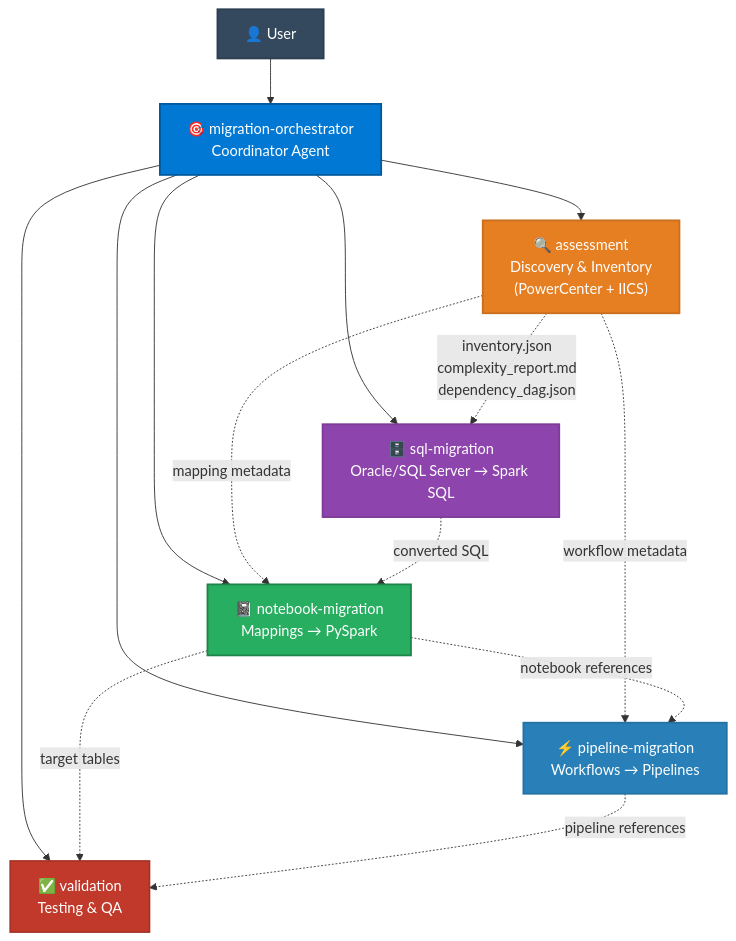
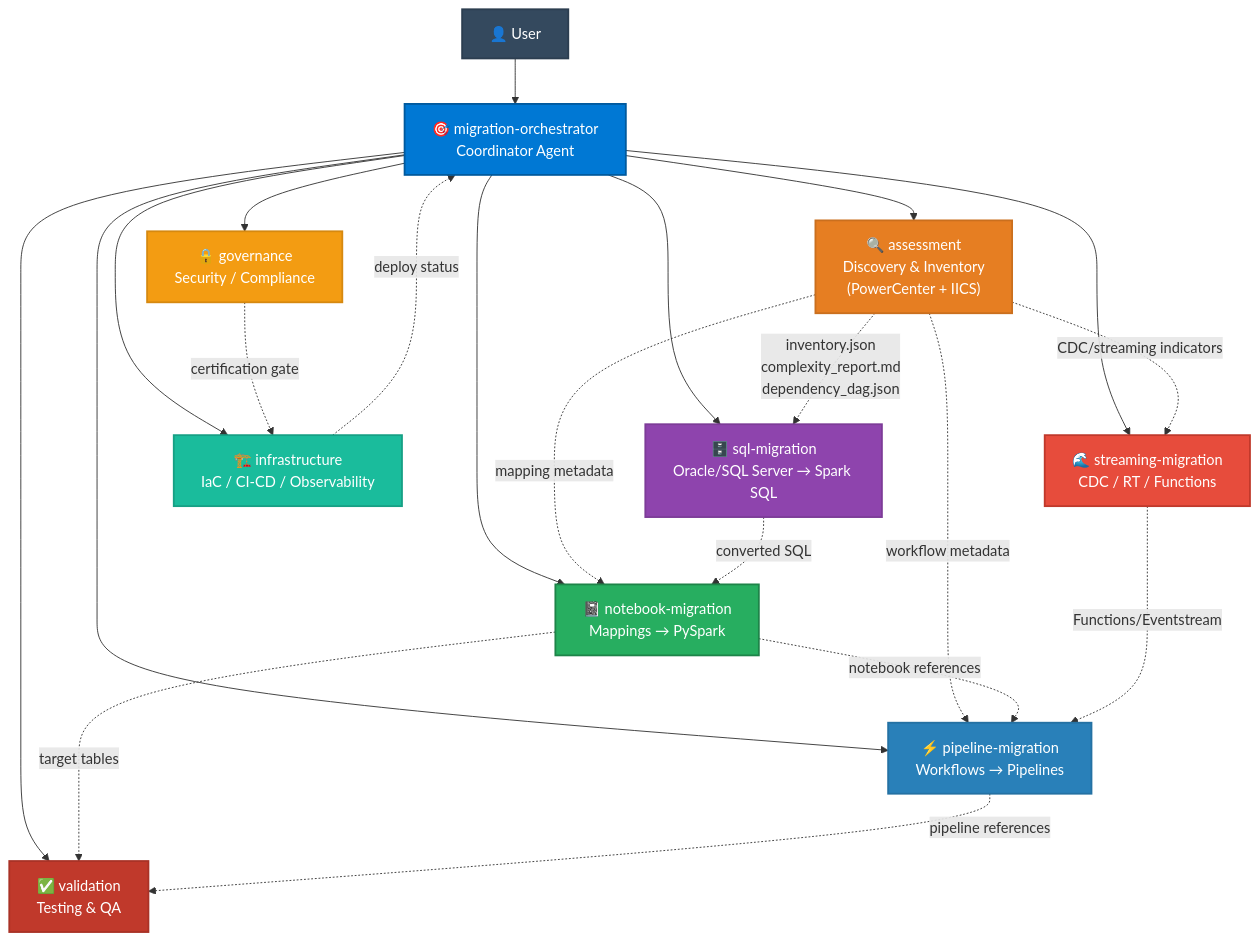
Before and after one commit to cyphou/InformaticaToFabric: the first of 4 diagrams in AGENTS.md, drawn with Mermaid. The commit also changed other lines of this file and 50 other files, not shown here.

First line of the commit message:
Expand multi-agent architecture from 6 to 9 agents, add migration_utils.py shared module

````diff
--- a/AGENTS.md
+++ b/AGENTS.md
@@ -21,26 +21,36 @@
 ```mermaid
 flowchart TB
     USER["👤 User"] --> ORCH
     ORCH["🎯 migration-orchestrator\nCoordinator Agent"]
     ORCH --> ASS["🔍 assessment\nDiscovery & Inventory\n(PowerCenter + IICS)"]
     ORCH --> SQL["🗄️ sql-migration\nOracle/SQL Server → Spark SQL"]
     ORCH --> NB["📓 notebook-migration\nMappings → PySpark"]
     ORCH --> PL["⚡ pipeline-migration\nWorkflows → Pipelines"]
+    ORCH --> STR["🌊 streaming-migration\nCDC / RT / Functions"]
+    ORCH --> GOV["🔒 governance\nSecurity / Compliance"]
+    ORCH --> INF["🏗️ infrastructure\nIaC / CI-CD / Observability"]
     ORCH --> VAL["✅ validation\nTesting & QA"]
 
     ASS -.->|inventory.json\ncomplexity_report.md\ndependency_dag.json| SQL
     ASS -.->|mapping metadata| NB
     ASS -.->|workflow metadata| PL
+    ASS -.->|CDC/streaming indicators| STR
     SQL -.->|converted SQL| NB
     NB -.->|notebook references| PL
     NB -.->|target tables| VAL
     PL -.->|pipeline references| VAL
+    STR -.->|Functions/Eventstream| PL
+    GOV -.->|certification gate| INF
+    INF -.->|deploy status| ORCH
 
     style ORCH fill:#0078D4,color:#fff,stroke:#005A9E,stroke-width:2px
     style ASS fill:#E67E22,color:#fff,stroke:#CA6F1E,stroke-width:2px
     style SQL fill:#8E44AD,color:#fff,stroke:#7D3C98,stroke-width:2px
     style NB fill:#27AE60,color:#fff,stroke:#1E8449,stroke-width:2px
     style PL fill:#2980B9,color:#fff,stroke:#2471A3,stroke-width:2px
+    style STR fill:#E74C3C,color:#fff,stroke:#C0392B,stroke-width:2px
+    style GOV fill:#F39C12,color:#fff,stroke:#D68910,stroke-width:2px
+    style INF fill:#1ABC9C,color:#fff,stroke:#16A085,stroke-width:2px
     style VAL fill:#C0392B,color:#fff,stroke:#A93226,stroke-width:2px
     style USER fill:#34495E,color:#fff,stroke:#2C3E50,stroke-width:2px
 ```
````
